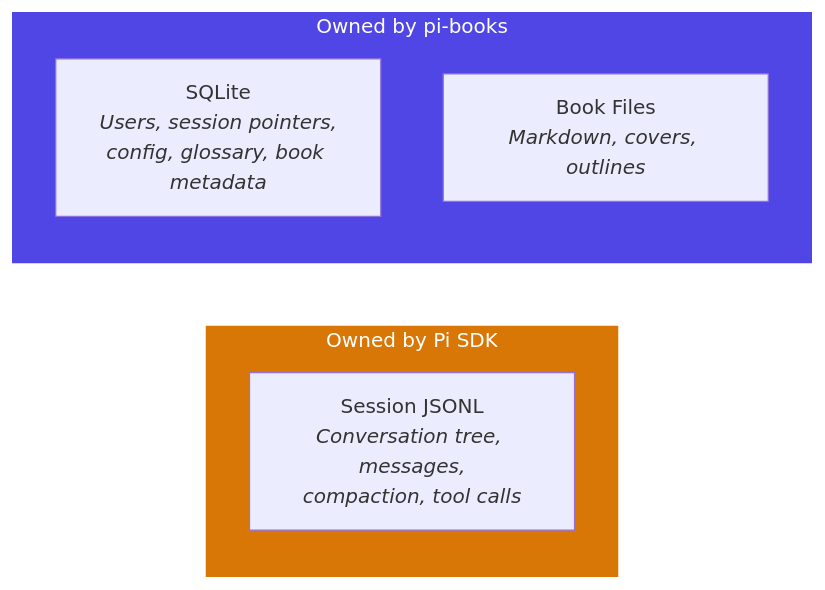
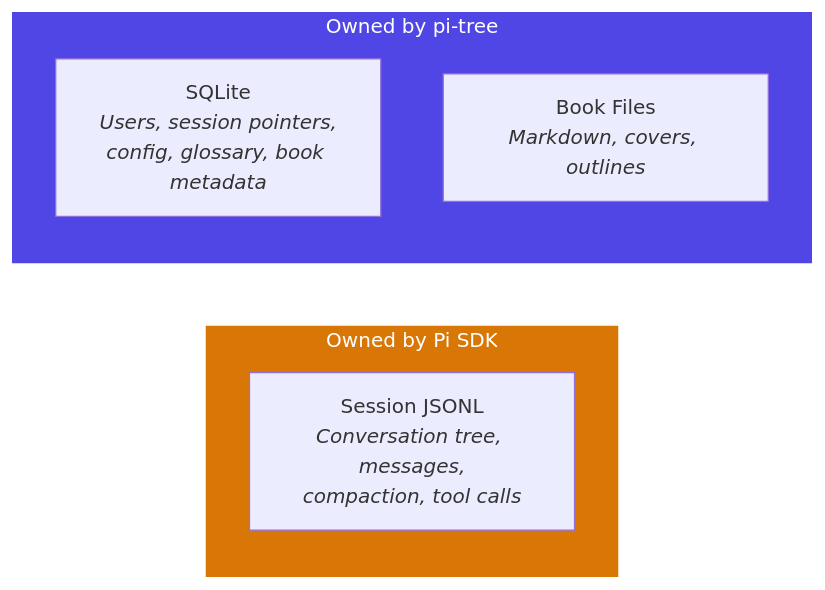
One commit to shuowu/pi-tree changed the second of 2 diagrams in docs/ARCHITECTURE.md. Above: the diagram before and after it, drawn with Mermaid. The commit also changed other lines of this file and 69 other files, not shown here.

First line of the commit message:
chore: rename pi-books → pi-tree (#1)

````diff
--- a/docs/ARCHITECTURE.md
+++ b/docs/ARCHITECTURE.md
@@ -34,14 +34,14 @@
 ```mermaid
 graph LR
     subgraph PiSDK["Owned by Pi SDK"]
         JSONL["Session JSONL<br/><i>Conversation tree, messages,<br/>compaction, tool calls</i>"]
     end
     
-    subgraph App["Owned by pi-books"]
+    subgraph App["Owned by pi-tree"]
         DB["SQLite<br/><i>Users, session pointers,<br/>config, glossary, book metadata</i>"]
         Books["Book Files<br/><i>Markdown, covers, outlines</i>"]
     end
 
     style PiSDK fill:#d97706,color:#fff,stroke:none
     style App fill:#4f46e5,color:#fff,stroke:none
 ```
````
